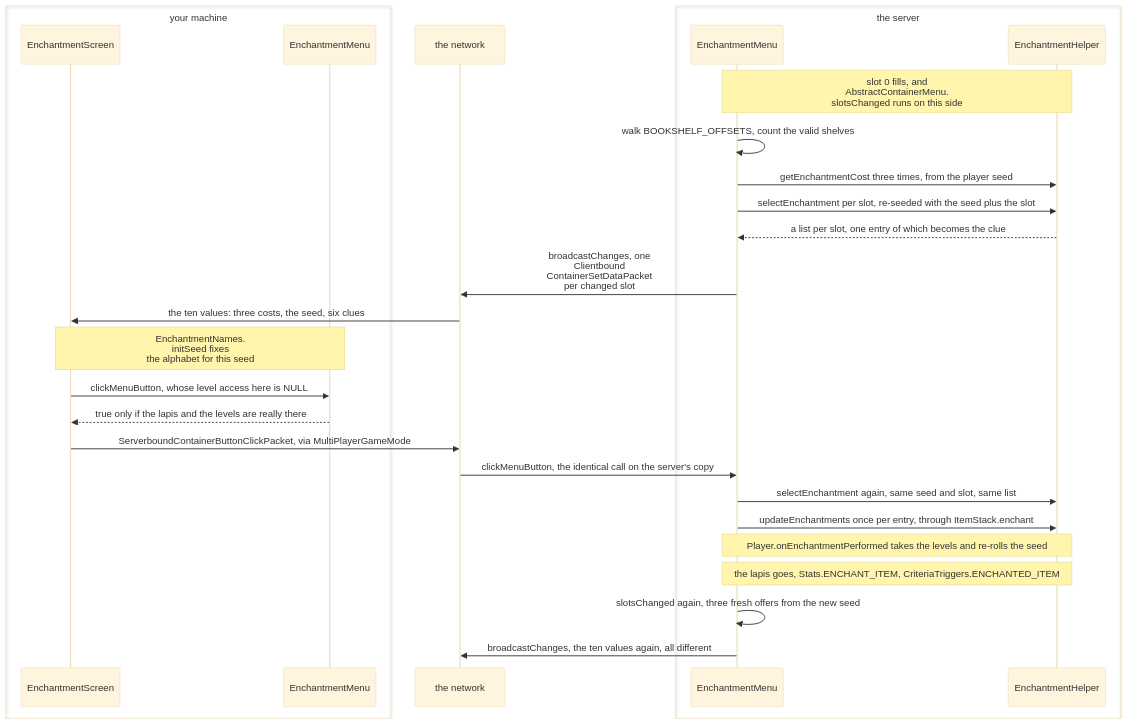
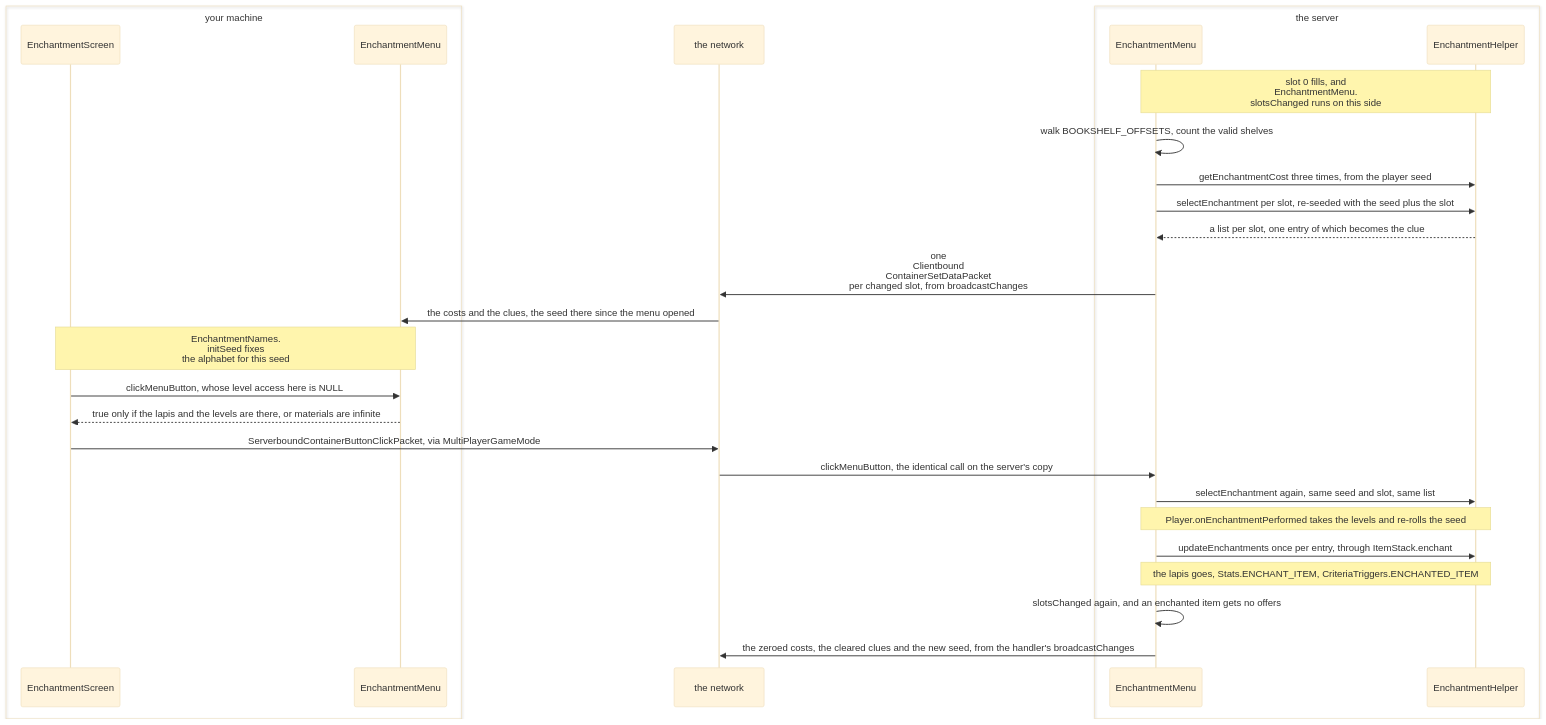
The second of 2 diagrams in src/systems/items/enchanting.md (AlexanderjFraser/MinecraftDocs), drawn with Mermaid (base theme) before and after one commit. The commit also changed other lines of this file and 17 other files, not shown here.

````diff
--- a/src/systems/items/enchanting.md
+++ b/src/systems/items/enchanting.md
@@ -296,31 +296,31 @@
 ```mermaid
 sequenceDiagram
     box transparent your machine
     participant EScr as EnchantmentScreen
     participant CEM as EnchantmentMenu
     end
     participant Wire as the network
     box transparent the server
     participant EM as EnchantmentMenu
     participant EH as EnchantmentHelper
     end
 
-    Note over EM,EH: slot 0 fills, and <br/>AbstractContainerMenu.<br/>slotsChanged runs on this side
+    Note over EM,EH: slot 0 fills, and <br/>EnchantmentMenu.<br/>slotsChanged runs on this side
     EM->>EM: walk BOOKSHELF_OFFSETS, count the valid shelves
     EM->>EH: getEnchantmentCost three times, from the player seed
     EM->>EH: selectEnchantment per slot, re-seeded with the seed plus the slot
     EH-->>EM: a list per slot, one entry of which becomes the clue
-    EM->>Wire: broadcastChanges, one<br/>Clientbound<br/>ContainerSetDataPacket<br/>per changed slot
-    Wire->>EScr: the ten values: three costs, the seed, six clues
+    EM->>Wire: one<br/>Clientbound<br/>ContainerSetDataPacket<br/>per changed slot, from broadcastChanges
+    Wire->>CEM: the costs and the clues, the seed there since the menu opened
     Note over EScr,CEM: EnchantmentNames.<br/>initSeed fixes <br/>the alphabet for this seed
     EScr->>CEM: clickMenuButton, whose level access here is NULL
-    CEM-->>EScr: true only if the lapis and the levels are really there
+    CEM-->>EScr: true only if the lapis and the levels are there, or materials are infinite
     EScr->>Wire: ServerboundContainerButtonClickPacket, via MultiPlayerGameMode
     Wire->>EM: clickMenuButton, the identical call on the server's copy
     EM->>EH: selectEnchantment again, same seed and slot, same list
+    Note over EM,EH: Player.onEnchantmentPerformed takes the levels and re-rolls the seed
     EM->>EH: updateEnchantments once per entry, through ItemStack.enchant
-    Note over EM,EH: Player.onEnchantmentPerformed takes the levels and re-rolls the seed
     Note over EM,EH: the lapis goes, Stats.ENCHANT_ITEM, CriteriaTriggers.ENCHANTED_ITEM
-    EM->>EM: slotsChanged again, three fresh offers from the new seed
-    EM->>Wire: broadcastChanges, the ten values again, all different
+    EM->>EM: slotsChanged again, and an enchanted item gets no offers
+    EM->>Wire: the zeroed costs, the cleared clues and the new seed, from the handler's broadcastChanges
 ```
````
